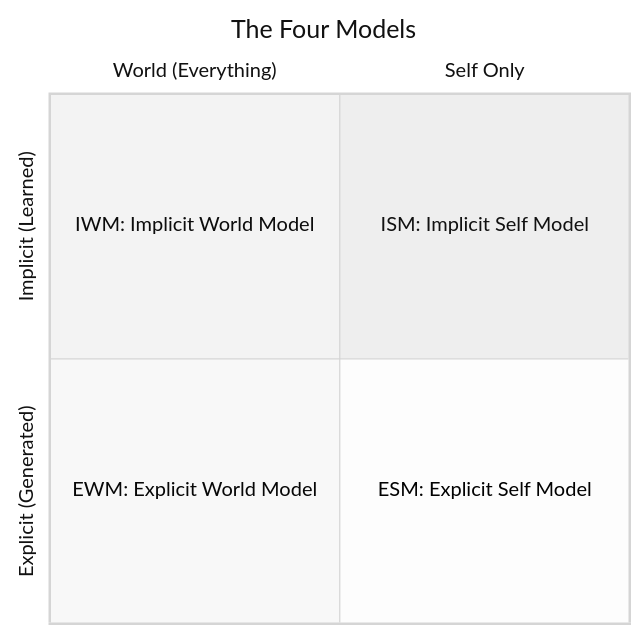
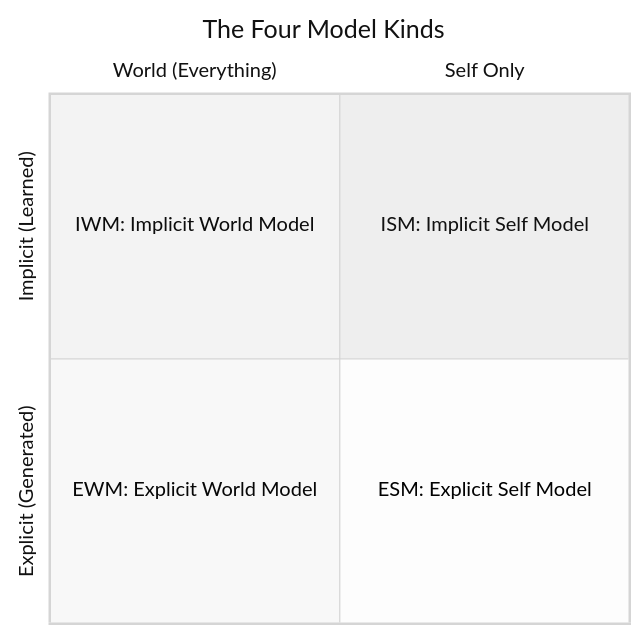
Before and after one commit to JeltzProstetnic/aIware: the first of 8 diagrams in wiki/reference/key-figures.md, drawn with Mermaid (neutral theme). The commit also changed other lines of this file and 366 other files, not shown here.

````diff
--- a/wiki/reference/key-figures.md
+++ b/wiki/reference/key-figures.md
@@ -23,10 +23,10 @@
 ```mermaid
 quadrantChart
-    title The Four Models
+    title The Four Model Kinds
     x-axis "World (Everything)" --> "Self Only"
     y-axis "Explicit (Generated)" --> "Implicit (Learned)"
     quadrant-1 "ISM: Implicit Self Model"
     quadrant-2 "IWM: Implicit World Model"
     quadrant-3 "EWM: Explicit World Model"
     quadrant-4 "ESM: Explicit Self Model"
 ```
````
